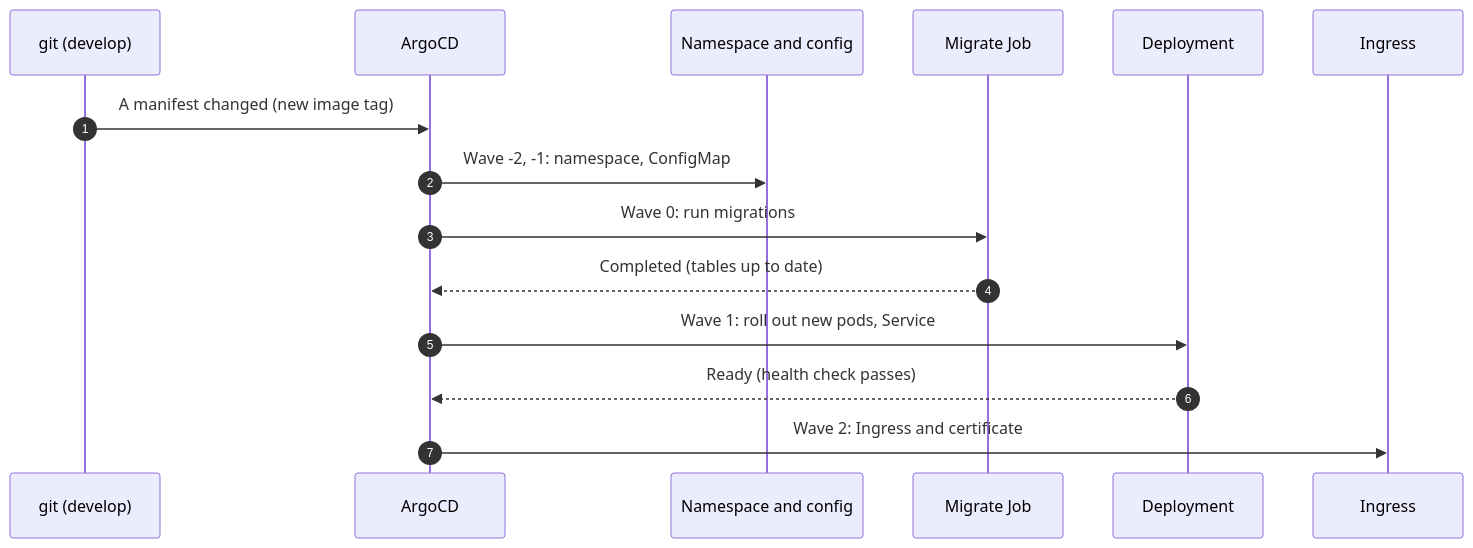
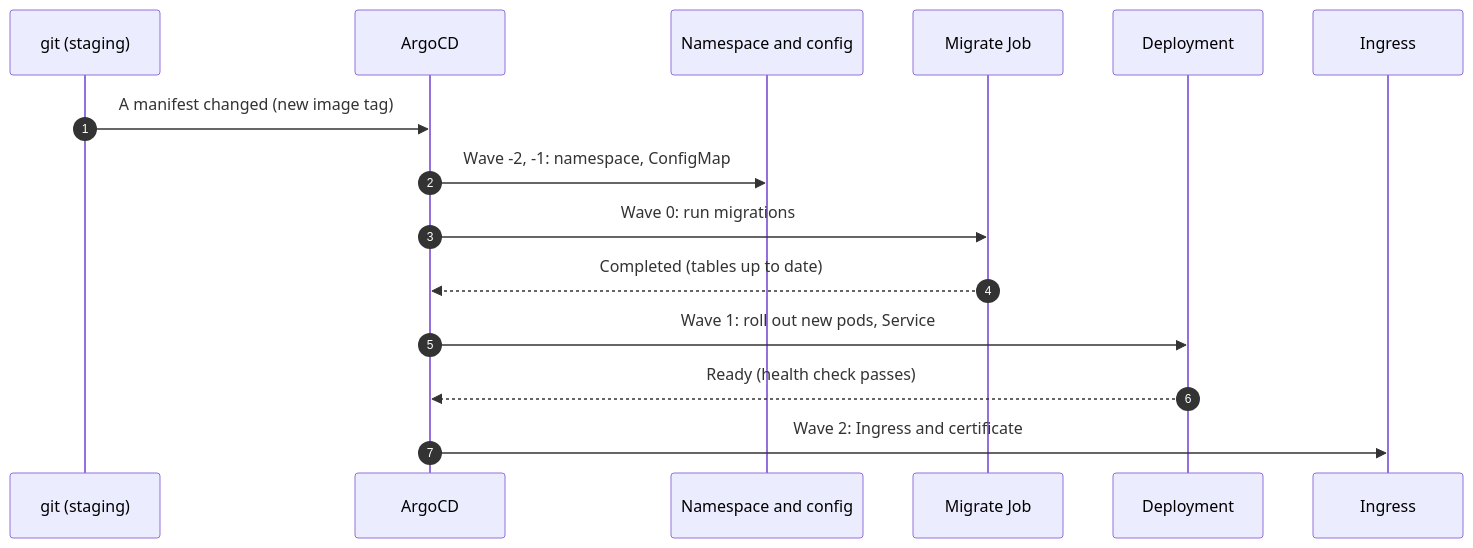
One commit to BamiseOmolaso/cloudportfoliowebsite changed the second of 4 diagrams in docs/infra/07-the-application.md. Above: the diagram before and after it, drawn with Mermaid. The commit also changed other lines of this file and 8 other files, not shown here.

Commit message:
ci,docs: develop is now staging

````diff
--- a/docs/infra/07-the-application.md
+++ b/docs/infra/07-the-application.md
@@ -65,17 +65,17 @@
 ```mermaid
 sequenceDiagram
   autonumber
-  participant G as git (develop)
+  participant G as git (staging)
   participant A as ArgoCD
   participant N as Namespace and config
   participant J as Migrate Job
   participant D as Deployment
   participant I as Ingress
   G->>A: A manifest changed (new image tag)
   A->>N: Wave -2, -1: namespace, ConfigMap
   A->>J: Wave 0: run migrations
   J-->>A: Completed (tables up to date)
   A->>D: Wave 1: roll out new pods, Service
   D-->>A: Ready (health check passes)
   A->>I: Wave 2: Ingress and certificate
 ```
````
